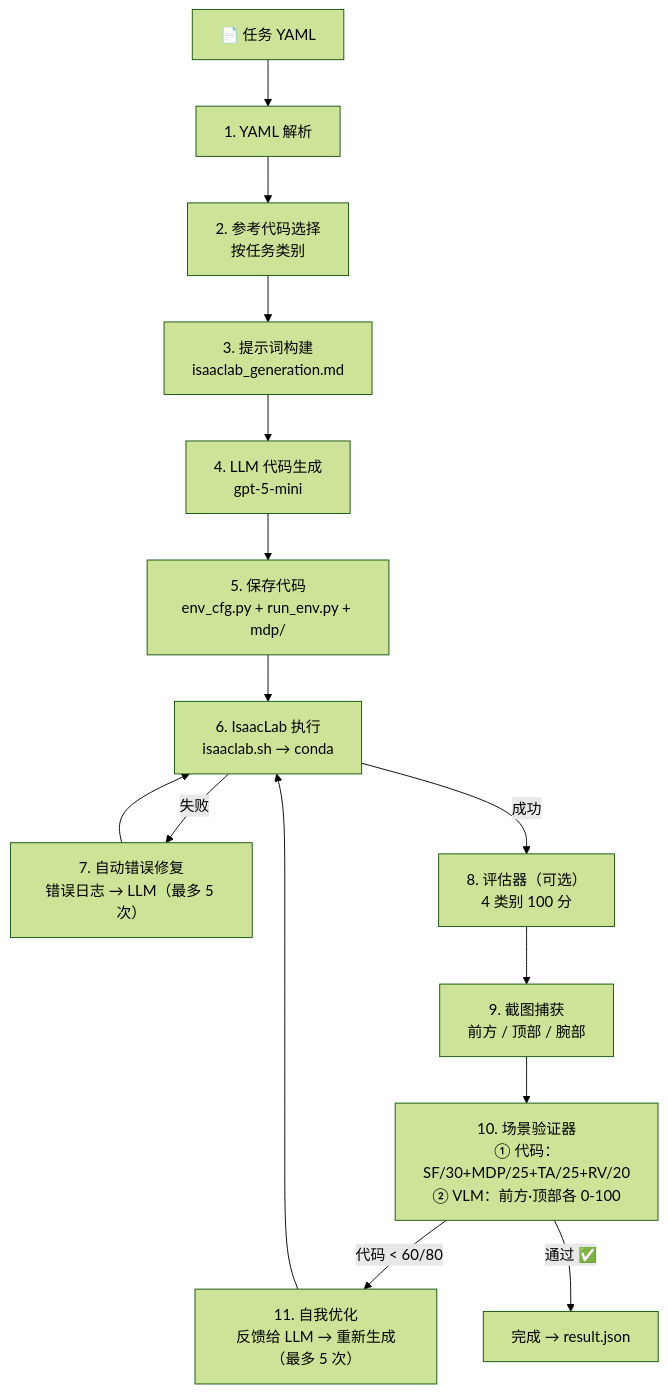
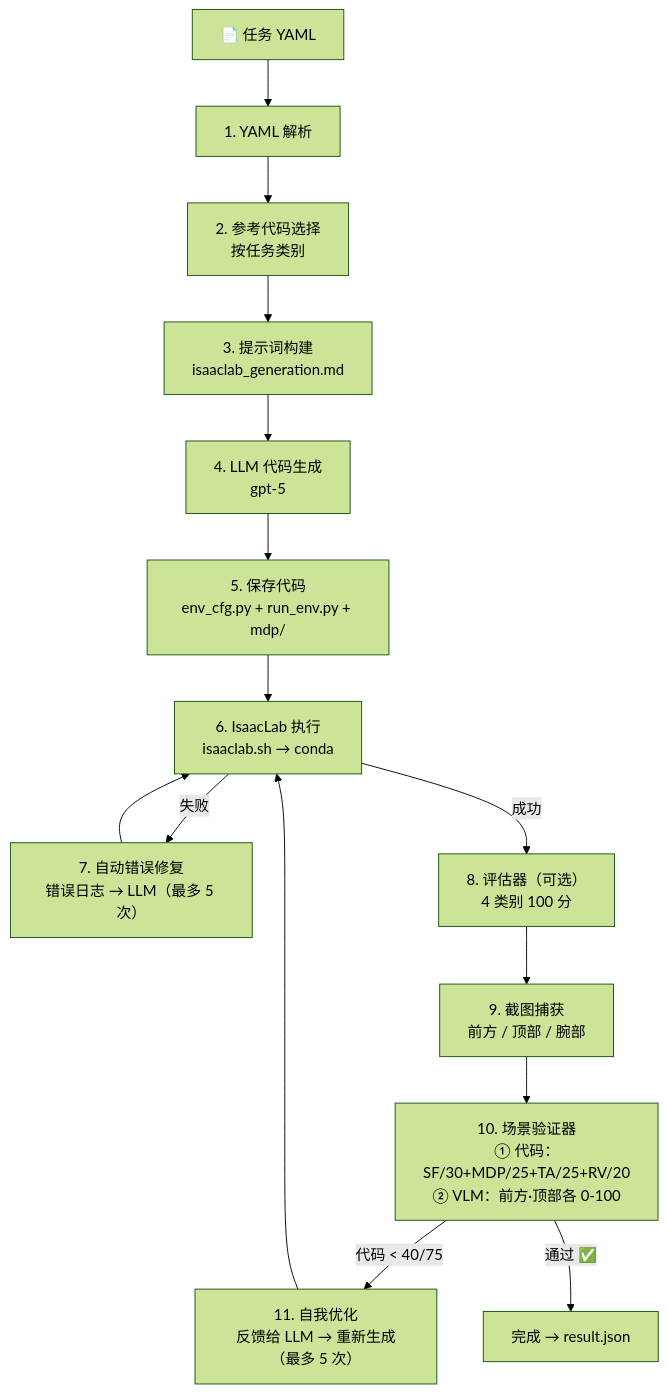
Before and after one commit to SKKU-PRISM/Simulation-Generation-Agent: the third of 3 diagrams in docs/zh/architecture.md, drawn with Mermaid (forest theme). The commit also changed other lines of this file and 9 other files, not shown here.

````diff
--- a/docs/zh/architecture.md
+++ b/docs/zh/architecture.md
@@ -79,20 +79,20 @@
 ```mermaid
 flowchart TD
     YAML["📄 任务 YAML"] --> PARSE["1. YAML 解析"]
     PARSE --> REF["2. 参考代码选择\n按任务类别"]
     REF --> PROMPT["3. 提示词构建\nisaaclab_generation.md"]
-    PROMPT --> GEN["4. LLM 代码生成\ngpt-5-mini"]
+    PROMPT --> GEN["4. LLM 代码生成\ngpt-5"]
     GEN --> WRITE["5. 保存代码\nenv_cfg.py + run_env.py + mdp/"]
     WRITE --> EXEC["6. IsaacLab 执行\nisaaclab.sh → conda"]
 
     EXEC -- "失败" --> FIX["7. 自动错误修复\n错误日志 → LLM（最多 5 次）"]
     FIX --> EXEC
 
     EXEC -- "成功" --> EVAL["8. 评估器（可选）\n4 类别 100 分"]
     EVAL --> CAP["9. 截图捕获\n前方 / 顶部 / 腕部"]
     CAP --> VER["10. 场景验证器\n① 代码：SF/30+MDP/25+TA/25+RV/20\n② VLM：前方·顶部各 0-100"]
 
-    VER -- "代码 < 60/80" --> REFINE["11. 自我优化\n反馈给 LLM → 重新生成（最多 5 次）"]
+    VER -- "代码 < 40/75" --> REFINE["11. 自我优化\n反馈给 LLM → 重新生成（最多 5 次）"]
     REFINE --> EXEC
     VER -- "通过 ✅" --> DONE["完成 → result.json"]
 ```
````
